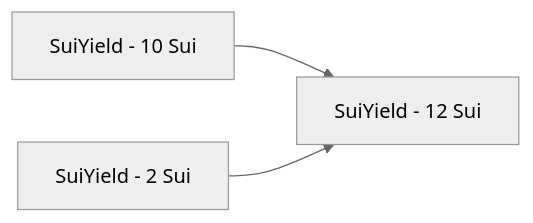
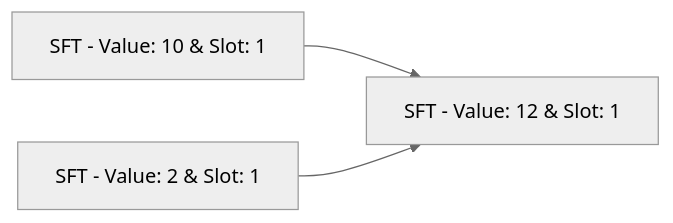
One commit to interest-protocol/interest-lst changed the third of 5 diagrams in README.md. Above: the diagram before and after it, drawn with Mermaid (neutral theme). The commit also changed other lines of this file, not shown here.

````diff
--- a/README.md
+++ b/README.md
@@ -125,9 +143,17 @@
 ```mermaid
+
+
 
 graph LR
 
-A[SuiYield - 10 Sui] --> C
 
-B[SuiYield - 2 Sui] --> C
-C[SuiYield - 12 Sui]
+
+A[SFT - Value: 10 & Slot: 1] --> C
+
+
+
+B[SFT - Value: 2 & Slot: 1] --> C
+
+C[SFT - Value: 12 & Slot: 1]
+
 ```
````
